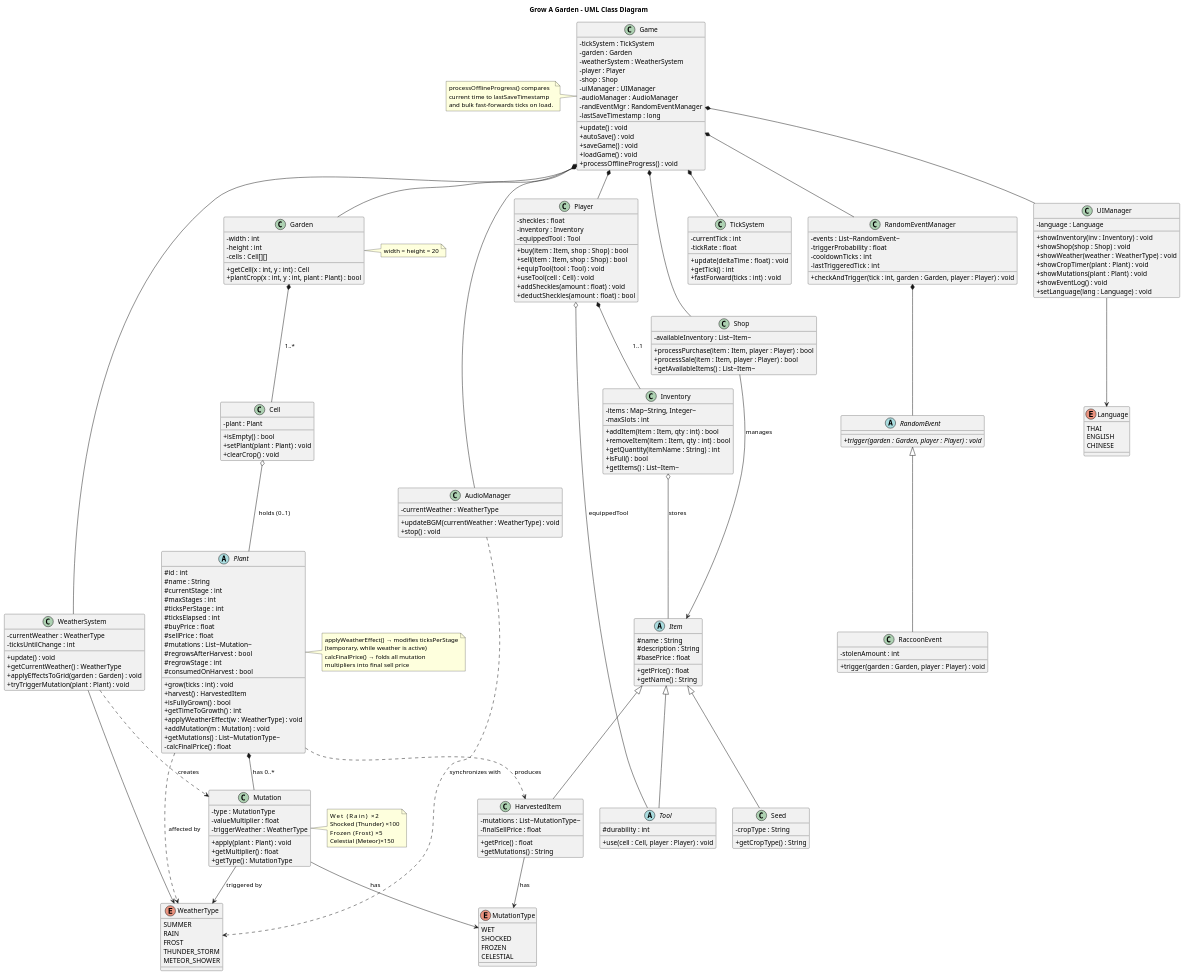
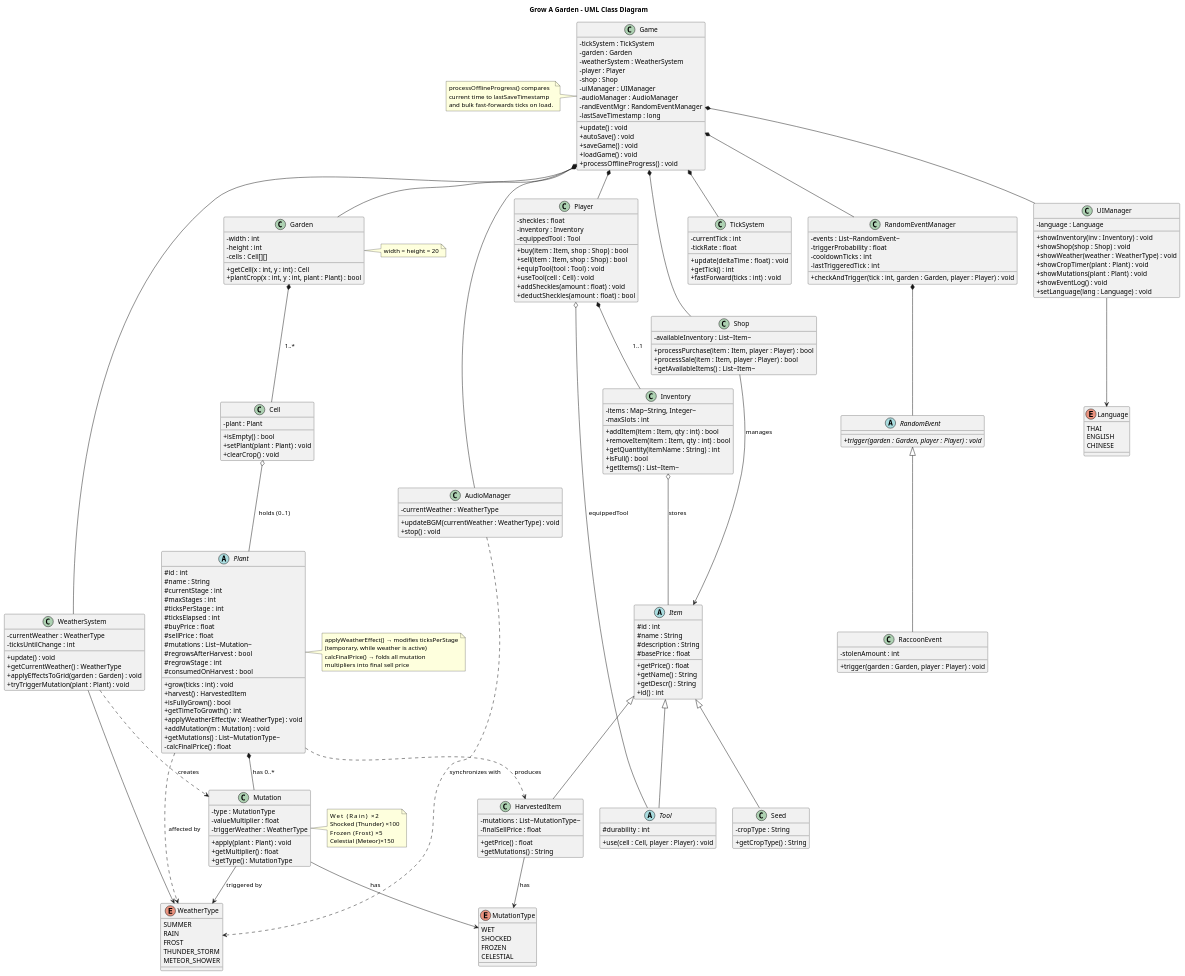
Before and after one commit to Matthew12045/grow-a-garden: the diagram in docs/class_diagram.puml, drawn with PlantUML. The commit also changed 18 other files, not shown here.

```diff
--- a/docs/class_diagram.puml
+++ b/docs/class_diagram.puml
@@ -142,11 +142,14 @@
 }
 
 abstract class Item {
+    # id : int
     # name : String
     # description : String
     # basePrice : float
     + getPrice() : float
     + getName() : String
+    + getDescr() : String
+    + id() : int
 }
 
 class Seed {
```
